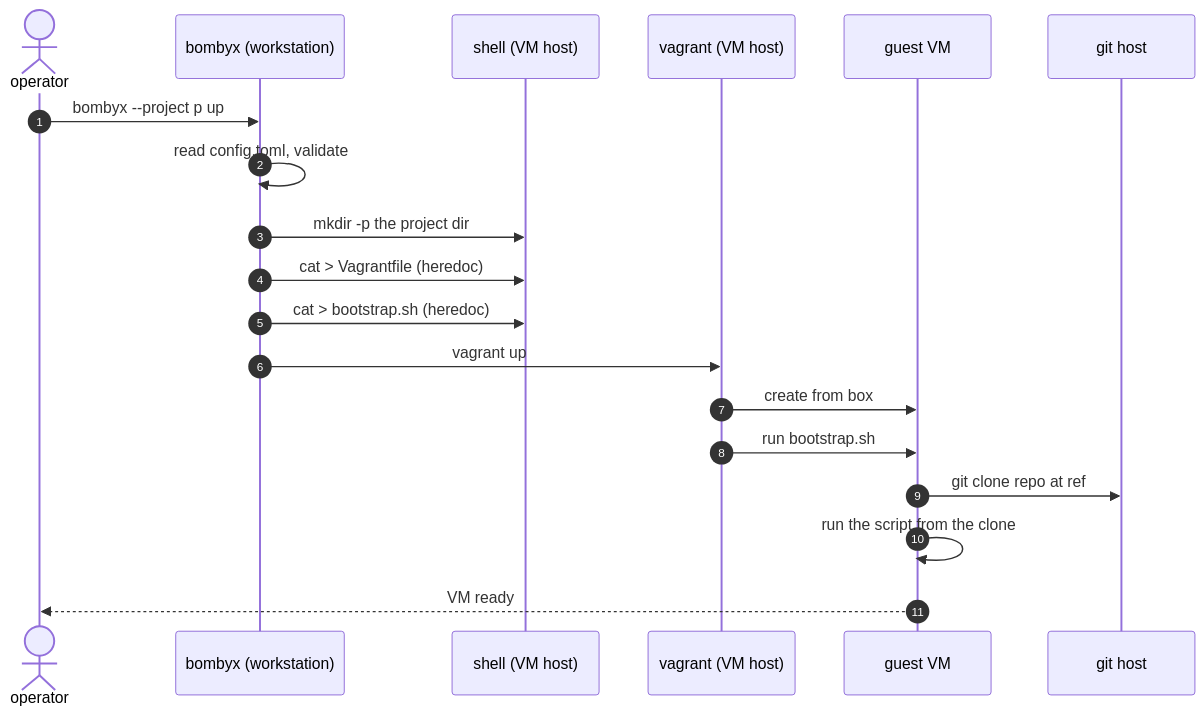
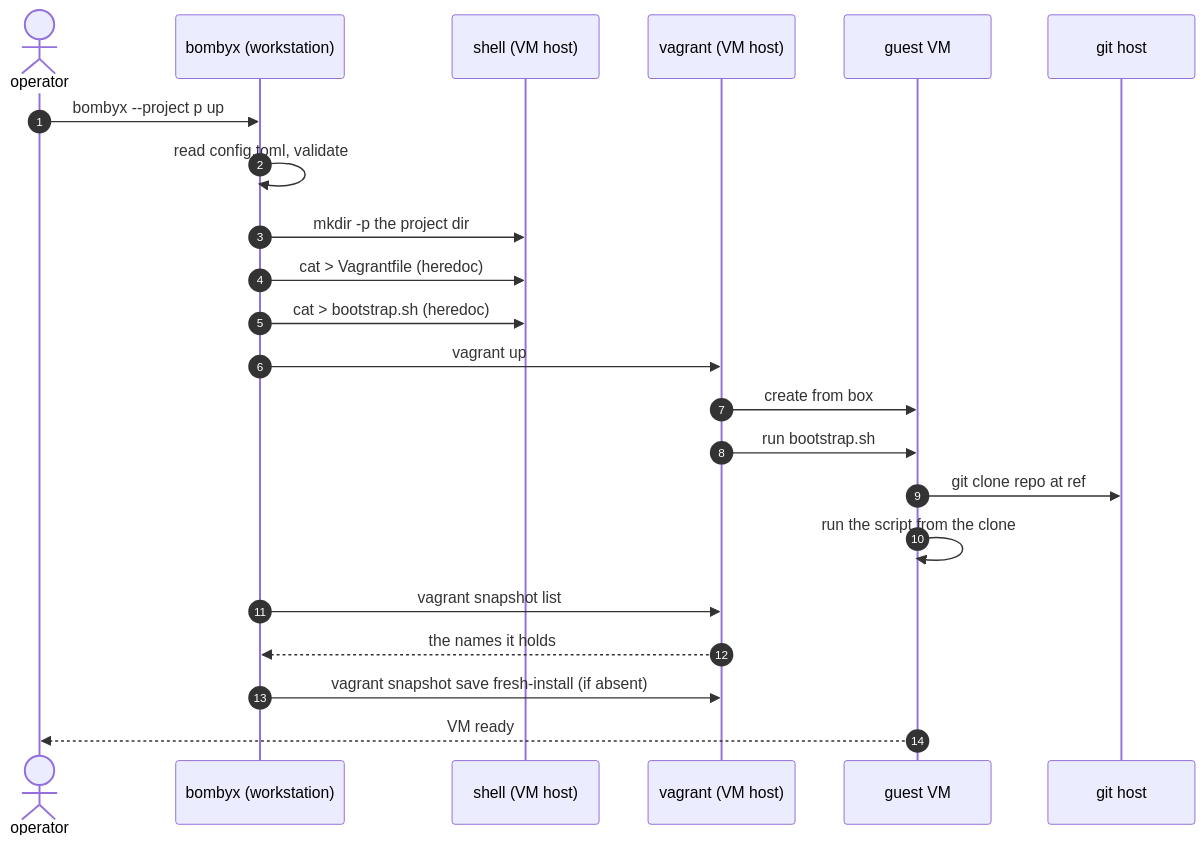
One commit to breki/bombyx changed the fifth of 6 diagrams in docs/architecture.md. Above: the diagram before and after it, drawn with Mermaid. The commit also changed other lines of this file and 11 other files, not shown here.

````diff
--- a/docs/architecture.md
+++ b/docs/architecture.md
@@ -331,22 +332,25 @@
 ```mermaid
 sequenceDiagram
   autonumber
   actor op as operator
   participant cli as bombyx (workstation)
   participant host as shell (VM host)
   participant vg as vagrant (VM host)
   participant guest as guest VM
   participant git as git host
 
   op->>cli: bombyx --project p up
   cli->>cli: read config.toml, validate
   cli->>host: mkdir -p the project dir
   cli->>host: cat > Vagrantfile (heredoc)
   cli->>host: cat > bootstrap.sh (heredoc)
   cli->>vg: vagrant up
   vg->>guest: create from box
   vg->>guest: run bootstrap.sh
   guest->>git: git clone repo at ref
   guest->>guest: run the script from the clone
+  cli->>vg: vagrant snapshot list
+  vg-->>cli: the names it holds
+  cli->>vg: vagrant snapshot save fresh-install (if absent)
   guest-->>op: VM ready
 ```
````
